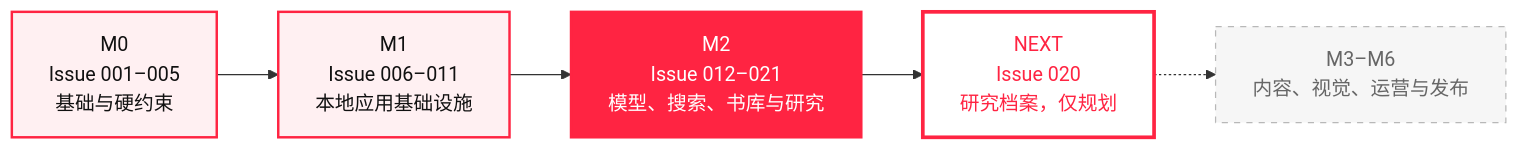
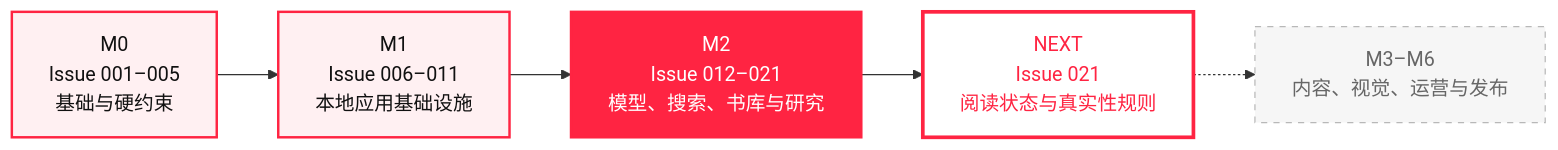
Before and after one commit to KAtOReNA7/Rednote-Automated-Operation-Tool: the first of 2 diagrams in README.md, drawn with Mermaid. The commit also changed other lines of this file and 73 other files, not shown here.

````diff
--- a/README.md
+++ b/README.md
@@ -54,17 +55,17 @@
 ```mermaid
 flowchart LR
     M0["M0<br/>Issue 001–005<br/>基础与硬约束"] --> M1["M1<br/>Issue 006–011<br/>本地应用基础设施"]
     M1 --> M2["M2<br/>Issue 012–021<br/>模型、搜索、书库与研究"]
-    M2 --> NEXT["NEXT<br/>Issue 020<br/>研究档案，仅规划"]
+    M2 --> NEXT["NEXT<br/>Issue 021<br/>阅读状态与真实性规则"]
     NEXT -.-> FUTURE["M3–M6<br/>内容、视觉、运营与发布"]
 
     classDef done fill:#fff0f2,stroke:#ff2442,color:#111,stroke-width:2px;
     classDef active fill:#ff2442,stroke:#ff2442,color:#fff,stroke-width:2px;
     classDef next fill:#fff,stroke:#ff2442,color:#ff2442,stroke-width:3px;
     classDef future fill:#f6f6f6,stroke:#b8b8b8,color:#666,stroke-dasharray:5 5;
 
     class M0,M1 done;
     class M2 active;
     class NEXT next;
     class FUTURE future;
 ```
````
